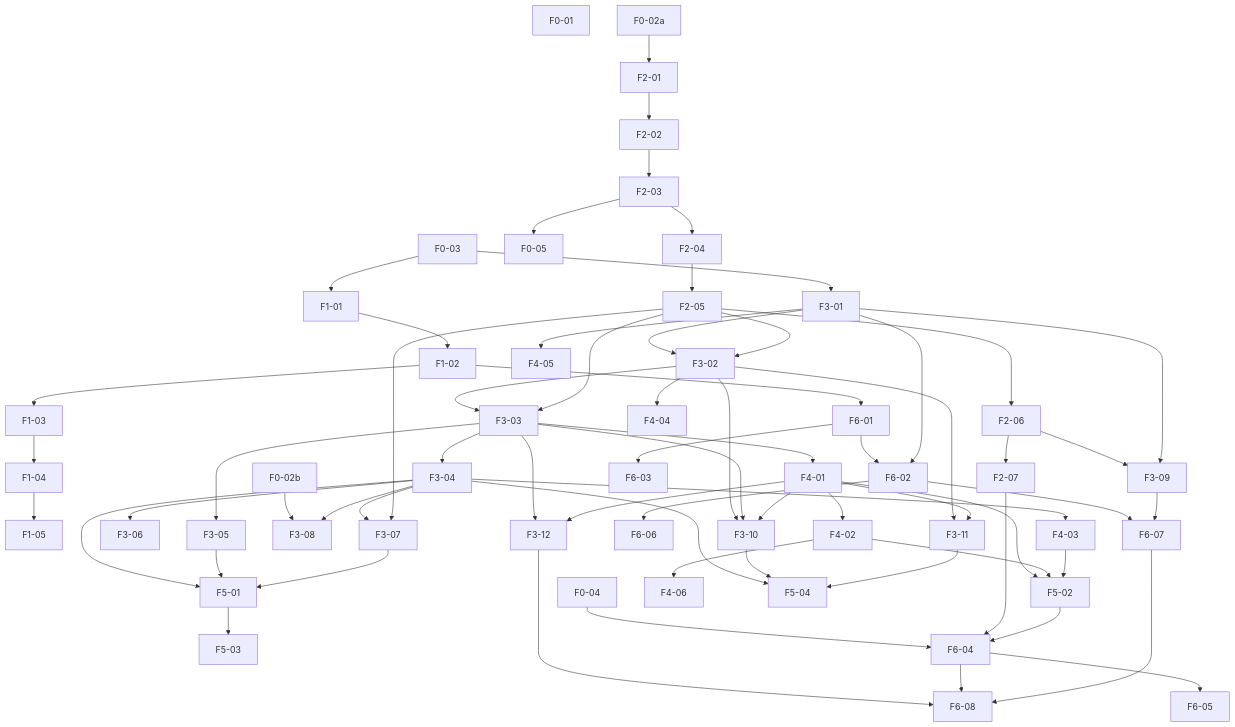
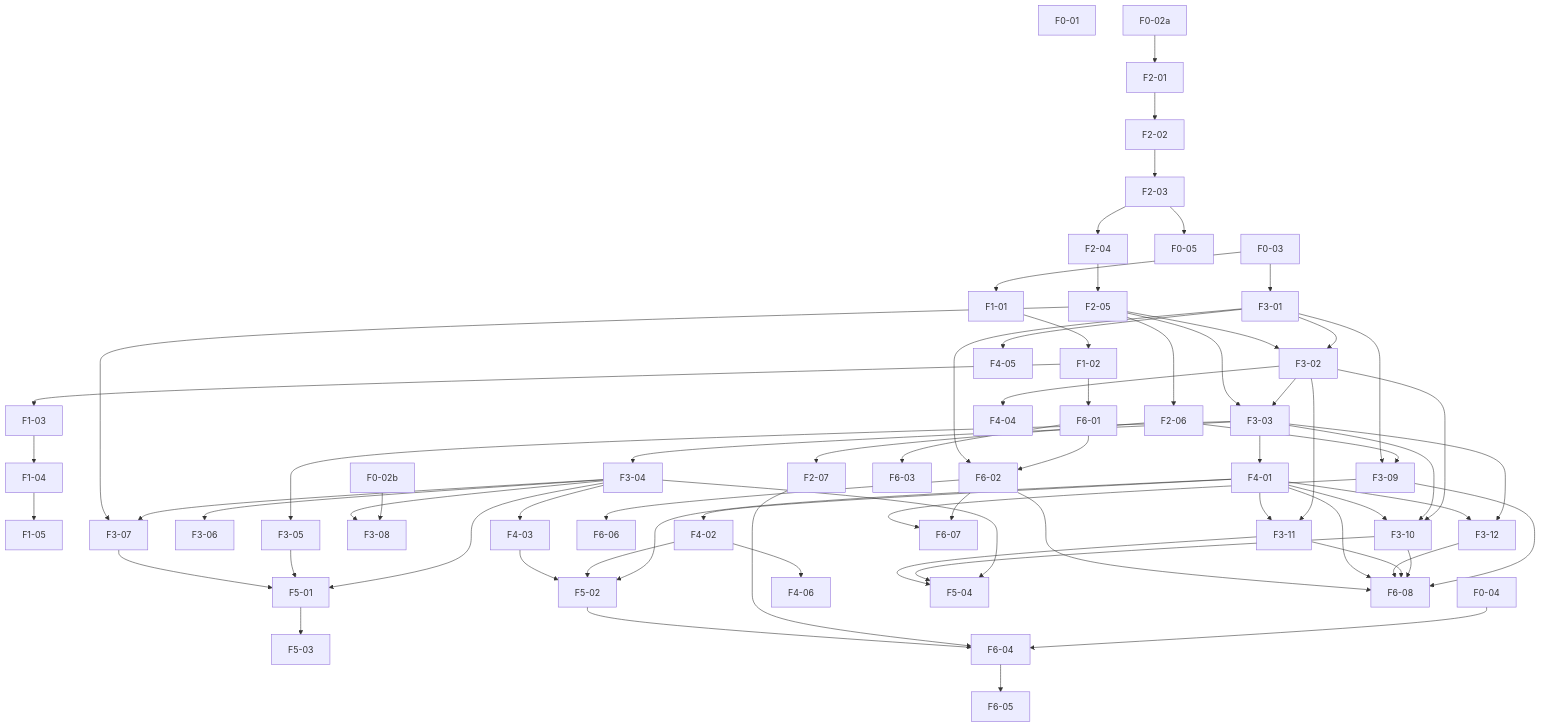
The diagram in docs/backlog.md (Equipo-03-Proyecto10/retail-segmentation), drawn with Mermaid before and after one commit. The commit also changed other lines of this file, not shown here.

````diff
--- a/docs/backlog.md
+++ b/docs/backlog.md
@@ -21,76 +21,79 @@
 ```mermaid
 flowchart TD
     F0-01
     F0-02a["F0-02a"]
     F0-02b["F0-02b"]
     F0-03
     F0-04
     F0-05
 
     F0-03 --> F1-01 --> F1-02 --> F1-03 --> F1-04 --> F1-05
 
     F0-02a --> F2-01 --> F2-02 --> F2-03 --> F2-04 --> F2-05 --> F2-06 --> F2-07
 
     F0-03 --> F3-01
     F3-01 --> F3-02
     F2-05 --> F3-02
     F3-02 --> F3-03
     F2-05 --> F3-03
     F3-03 --> F3-04
     F3-03 --> F3-05
     F3-04 --> F3-06
     F3-04 --> F3-07
     F2-05 --> F3-07
     F0-02b --> F3-08
     F3-04 --> F3-08
 
     F3-03 --> F4-01 --> F4-02
     F3-04 --> F4-03
     F3-02 --> F4-04
     F3-01 --> F4-05
 
     F3-04 --> F5-01
     F3-05 --> F5-01
     F3-07 --> F5-01
     F5-01 --> F5-03
     F4-01 --> F5-02
     F4-02 --> F5-02
     F4-03 --> F5-02
 
     F1-02 --> F6-01 --> F6-02
     F3-01 --> F6-02
     F6-01 --> F6-03
     F0-04 --> F6-04
     F2-07 --> F6-04
     F5-02 --> F6-04
     F6-04 --> F6-05
     F6-02 --> F6-06
 
     F2-06 --> F3-09
     F3-01 --> F3-09
 
     F2-03 --> F0-05
 
     F3-02 --> F3-10
     F3-03 --> F3-10
     F4-01 --> F3-10
 
     F3-02 --> F3-11
     F4-01 --> F3-11
 
     F3-03 --> F3-12
     F4-01 --> F3-12
 
     F4-02 --> F4-06
 
     F3-04 --> F5-04
     F3-10 --> F5-04
     F3-11 --> F5-04
 
     F6-02 --> F6-07
     F3-09 --> F6-07
 
+    F3-09 --> F6-08
+    F3-10 --> F6-08
+    F3-11 --> F6-08
     F3-12 --> F6-08
-    F6-04 --> F6-08
-    F6-07 --> F6-08
+    F4-01 --> F6-08
+    F6-02 --> F6-08
 ```
````
